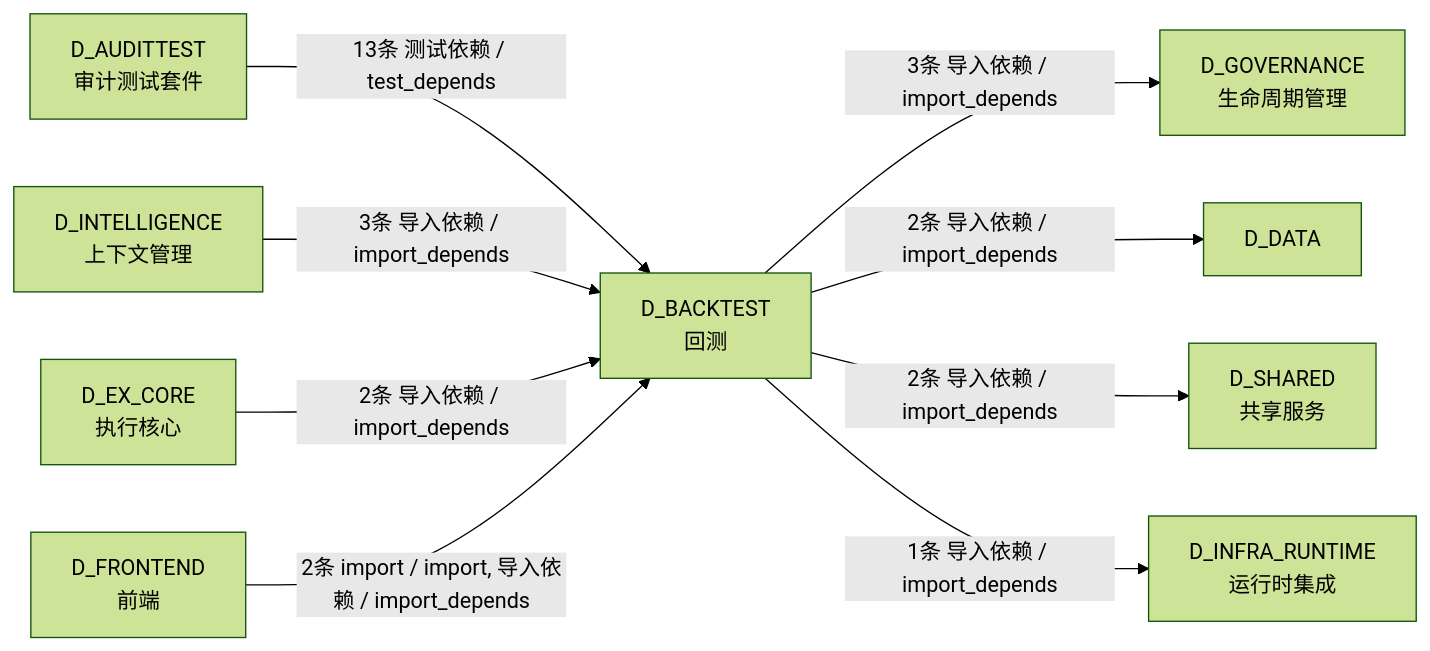
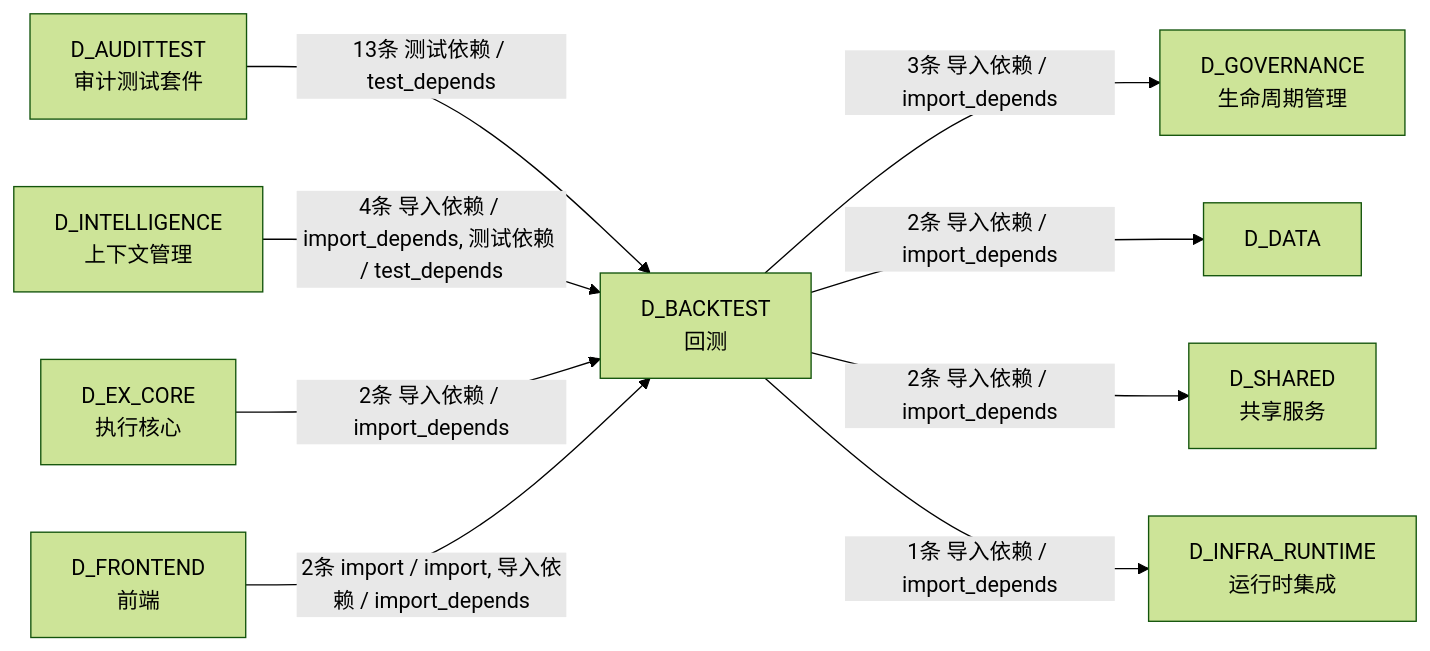
Before and after one commit to xuanFelixVan/ZephyrAlpha: the sixth of 6 diagrams in docs/02_enterprise_architecture/02_domain_architecture_docs/30_d_backtest.md, drawn with Mermaid (forest theme). The commit also changed other lines of this file and 126 other files, not shown here.

````diff
--- a/docs/02_enterprise_architecture/02_domain_architecture_docs/30_d_backtest.md
+++ b/docs/02_enterprise_architecture/02_domain_architecture_docs/30_d_backtest.md
@@ -423,20 +424,20 @@
 ```mermaid
 graph LR
     D_BACKTEST["D_BACKTEST<br/>回测"]
     D_GOVERNANCE["D_GOVERNANCE<br/>生命周期管理"]
     D_DATA["D_DATA"]
     D_SHARED["D_SHARED<br/>共享服务"]
     D_INFRA_RUNTIME["D_INFRA_RUNTIME<br/>运行时集成"]
     D_AUDITTEST["D_AUDITTEST<br/>审计测试套件"]
     D_INTELLIGENCE["D_INTELLIGENCE<br/>上下文管理"]
     D_EX_CORE["D_EX_CORE<br/>执行核心"]
     D_FRONTEND["D_FRONTEND<br/>前端"]
     D_BACKTEST -->|3条 导入依赖 / import_depends| D_GOVERNANCE
     D_BACKTEST -->|2条 导入依赖 / import_depends| D_DATA
     D_BACKTEST -->|2条 导入依赖 / import_depends| D_SHARED
     D_BACKTEST -->|1条 导入依赖 / import_depends| D_INFRA_RUNTIME
     D_AUDITTEST -->|13条 测试依赖 / test_depends| D_BACKTEST
-    D_INTELLIGENCE -->|3条 导入依赖 / import_depends| D_BACKTEST
+    D_INTELLIGENCE -->|4条 导入依赖 / import_depends, 测试依赖 / test_depends| D_BACKTEST
     D_EX_CORE -->|2条 导入依赖 / import_depends| D_BACKTEST
     D_FRONTEND -->|2条 import / import, 导入依赖 / import_depends| D_BACKTEST
 ```
````
